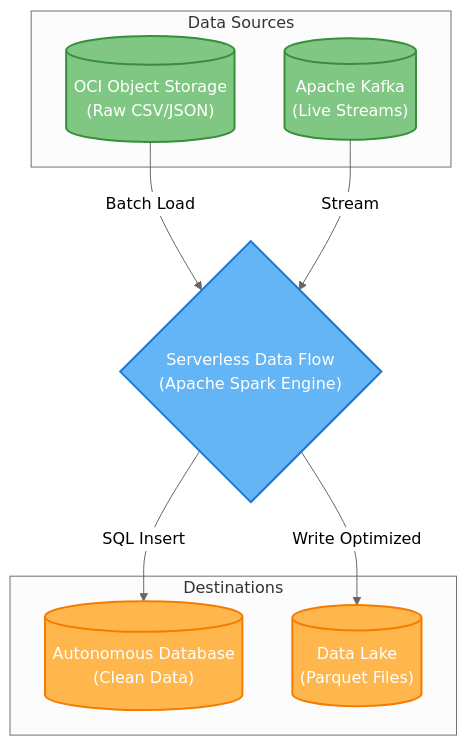
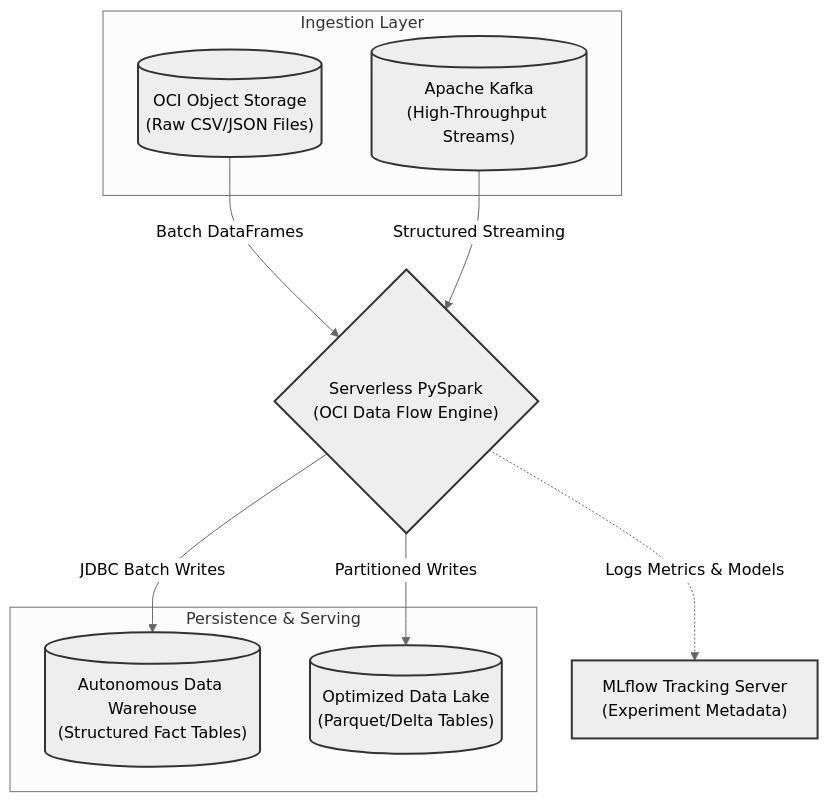
Before and after one commit to Sat-14/OCI-DataFlow-Showcase: the diagram in README.md, drawn with Mermaid (neutral theme). The commit also changed other lines of this file, not shown here.

Commit message:
Update README with technical details and robust diagrams

````diff
--- a/README.md
+++ b/README.md
@@ -13,25 +11,27 @@
 ```mermaid
 flowchart TD
-    %% Friendly styling
-    classDef source fill:#81C784,stroke:#388E3C,stroke-width:2px,color:#fff,rx:10,ry:10
-    classDef processing fill:#64B5F6,stroke:#1976D2,stroke-width:2px,color:#fff,rx:10,ry:10
-    classDef destination fill:#FFB74D,stroke:#F57C00,stroke-width:2px,color:#fff,rx:10,ry:10
+    classDef source stroke:#333,stroke-width:2px;
+    classDef compute stroke:#333,stroke-width:2px;
+    classDef sink stroke:#333,stroke-width:2px;
 
-    subgraph Data Sources
-        Storage[(" OCI Object Storage\n(Raw CSV/JSON)")]:::source
-        Kafka[(" Apache Kafka\n(Live Streams)")]:::source
+    subgraph Ingestion Layer
+        ObjStore[("OCI Object Storage\n(Raw CSV/JSON Files)")]:::source
+        Kafka[("Apache Kafka\n(High-Throughput Streams)")]:::source
     end
 
-    Engine{" Serverless Data Flow\n(Apache Spark Engine)"}:::processing
+    DataFlow{"Serverless PySpark\n(OCI Data Flow Engine)"}:::compute
 
-    subgraph Destinations
-        ADW[(" Autonomous Database\n(Clean Data)")]:::destination
-        Lake[(" Data Lake\n(Parquet Files)")]:::destination
+    subgraph Persistence & Serving
+        ADW[("Autonomous Data Warehouse\n(Structured Fact Tables)")]:::sink
+        Lake[("Optimized Data Lake\n(Parquet/Delta Tables)")]:::sink
     end
 
-    Storage -->|Batch Load| Engine
-    Kafka -->|Stream| Engine
+    MLFlow["MLflow Tracking Server\n(Experiment Metadata)"]:::compute
+
+    ObjStore -->|Batch DataFrames| DataFlow
+    Kafka -->|Structured Streaming| DataFlow
     
-    Engine -->|SQL Insert| ADW
-    Engine -->|Write Optimized| Lake
+    DataFlow -->|JDBC Batch Writes| ADW
+    DataFlow -->|Partitioned Writes| Lake
+    DataFlow -.->|Logs Metrics & Models| MLFlow
 ```
````
